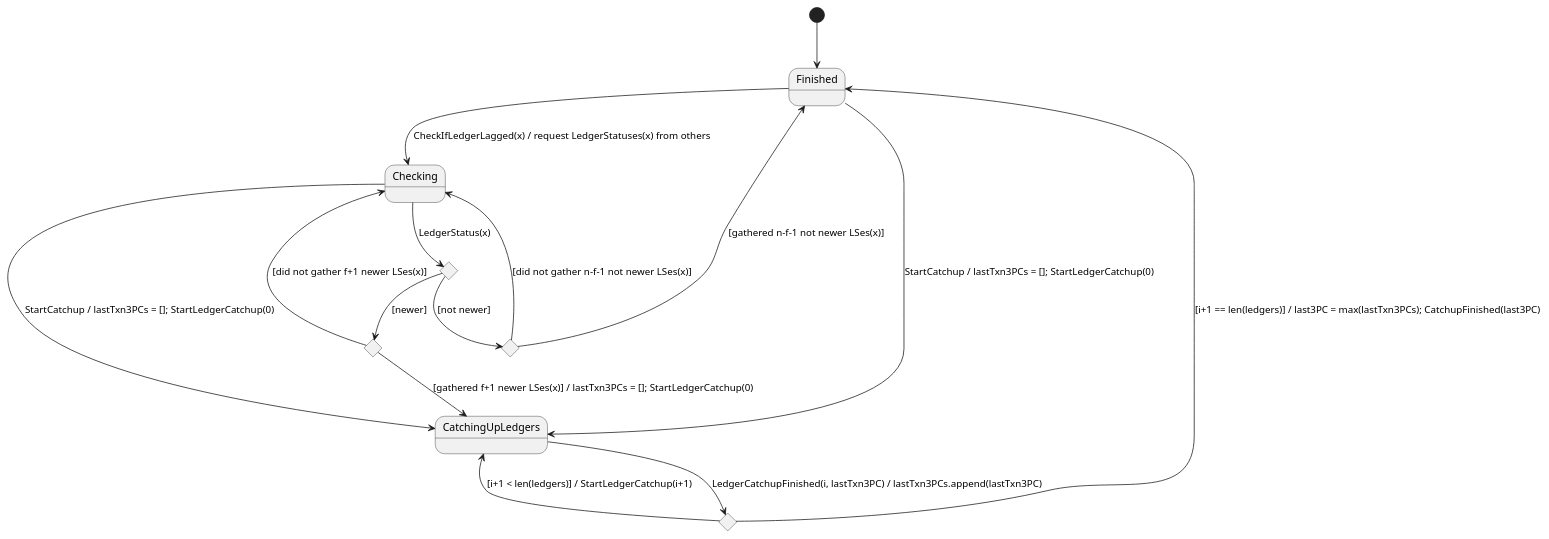
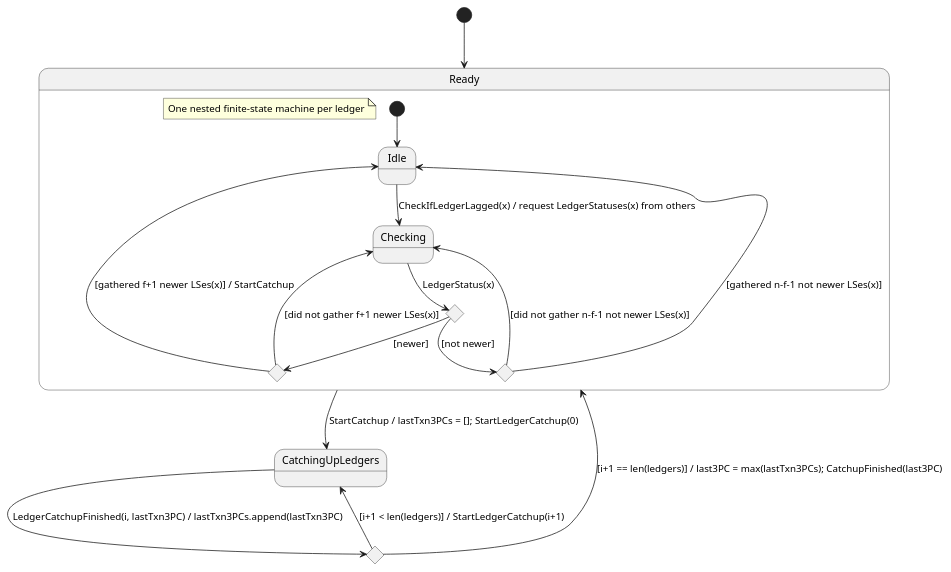
The diagram in design/catch-up-all.puml (hyperledger/indy-plenum), drawn with PlantUML before and after one commit.

Commit message:
INDY-971: Parallel lag checks for ledgers (design)
- Added parallel lag checks for different ledgers to the design of CatchUpAll actor.

```diff
--- a/design/catch-up-all.puml
+++ b/design/catch-up-all.puml
@@ -1,29 +1,35 @@
 @startuml
 
-[*] --> Finished
+[*] --> Ready
 
-Finished --> Checking : CheckIfLedgerLagged(x) / request LedgerStatuses(x) from others
-Finished --> CatchingUpLedgers : StartCatchup / lastTxn3PCs = []; StartLedgerCatchup(0)
+state Ready {
+    note "One nested finite-state machine per ledger" as NestedFsmForReadyState
 
-state Checking_LedgerStatus <<choice>>
-Checking --> Checking_LedgerStatus : LedgerStatus(x)
-Checking --> CatchingUpLedgers : StartCatchup / lastTxn3PCs = []; StartLedgerCatchup(0)
+    [*] --> Idle
 
-state Checking_LedgerStatus_Newer <<choice>>
-Checking_LedgerStatus --> Checking_LedgerStatus_Newer : [newer]
-state Checking_LedgerStatus_NotNewer <<choice>>
-Checking_LedgerStatus --> Checking_LedgerStatus_NotNewer : [not newer]
+    Idle --> Checking : CheckIfLedgerLagged(x) / request LedgerStatuses(x) from others
 
-Checking_LedgerStatus_Newer --> Checking : [did not gather f+1 newer LSes(x)]
-Checking_LedgerStatus_Newer --> CatchingUpLedgers : [gathered f+1 newer LSes(x)] / lastTxn3PCs = []; StartLedgerCatchup(0)
+    state Checking_LedgerStatus <<choice>>
+    Checking --> Checking_LedgerStatus : LedgerStatus(x)
 
-Checking_LedgerStatus_NotNewer --> Checking : [did not gather n-f-1 not newer LSes(x)]
-Checking_LedgerStatus_NotNewer --> Finished : [gathered n-f-1 not newer LSes(x)]
+    state Checking_LedgerStatus_Newer <<choice>>
+    Checking_LedgerStatus --> Checking_LedgerStatus_Newer : [newer]
+    state Checking_LedgerStatus_NotNewer <<choice>>
+    Checking_LedgerStatus --> Checking_LedgerStatus_NotNewer : [not newer]
+
+    Checking_LedgerStatus_Newer --> Checking : [did not gather f+1 newer LSes(x)]
+    Checking_LedgerStatus_Newer --> Idle : [gathered f+1 newer LSes(x)] / StartCatchup
+
+    Checking_LedgerStatus_NotNewer --> Checking : [did not gather n-f-1 not newer LSes(x)]
+    Checking_LedgerStatus_NotNewer --> Idle : [gathered n-f-1 not newer LSes(x)]
+}
+
+Ready --> CatchingUpLedgers : StartCatchup / lastTxn3PCs = []; StartLedgerCatchup(0)
 
 state CatchingUpLedgers_LedgerCatchupFinished <<choice>>
 CatchingUpLedgers --> CatchingUpLedgers_LedgerCatchupFinished : LedgerCatchupFinished(i, lastTxn3PC) / lastTxn3PCs.append(lastTxn3PC)
 
 CatchingUpLedgers_LedgerCatchupFinished --> CatchingUpLedgers : [i+1 < len(ledgers)] / StartLedgerCatchup(i+1)
-CatchingUpLedgers_LedgerCatchupFinished --> Finished : [i+1 == len(ledgers)] / last3PC = max(lastTxn3PCs); CatchupFinished(last3PC)
+CatchingUpLedgers_LedgerCatchupFinished --> Ready : [i+1 == len(ledgers)] / last3PC = max(lastTxn3PCs); CatchupFinished(last3PC)
 
 @enduml
```
